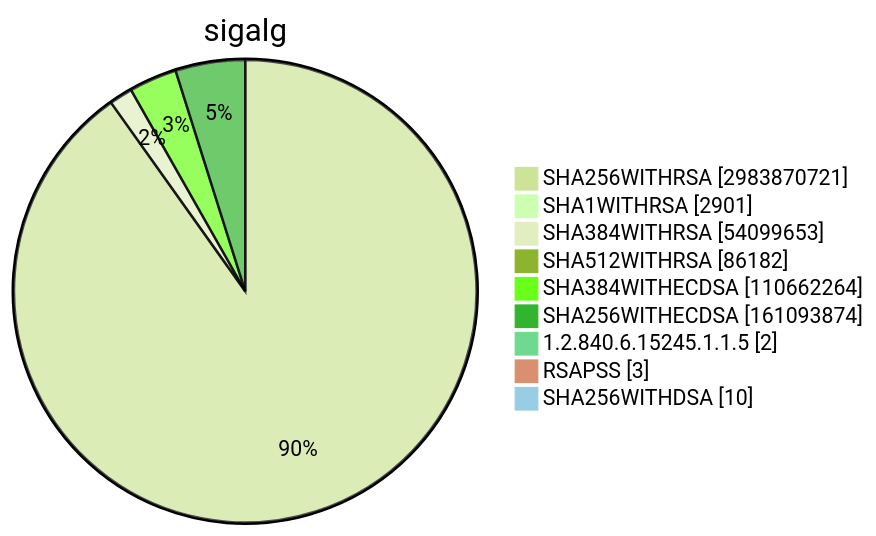
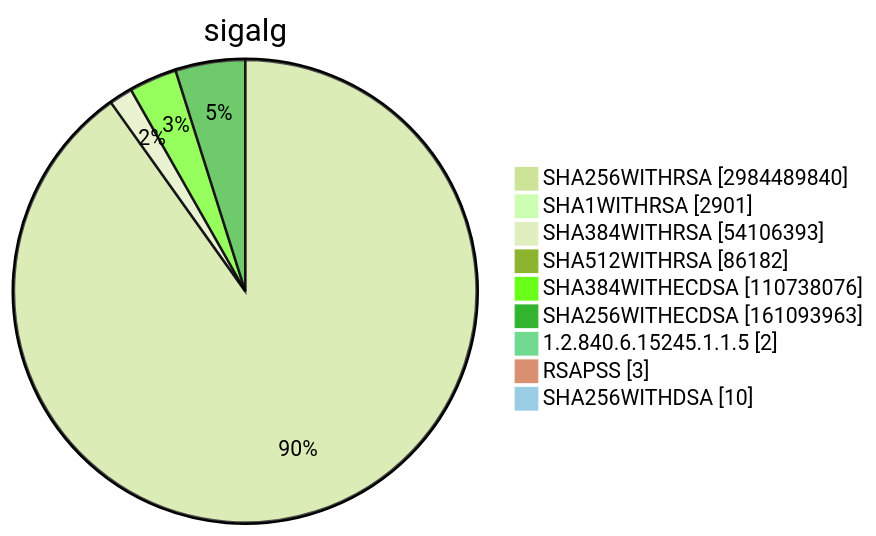
Before and after one commit to christiankrug/ctmonitor_visualization: diagram 15 of 15 in TOTAL/README.md, drawn with Mermaid (forest theme). The commit also changed other lines of this file, not shown here.

````diff
--- a/TOTAL/README.md
+++ b/TOTAL/README.md
@@ -6208,13 +6208,13 @@
 ```mermaid
 pie showData
 title sigalg
-"SHA256WITHRSA" :2983870721
+"SHA256WITHRSA" :2984489840
 "SHA1WITHRSA" :2901
-"SHA384WITHRSA" :54099653
+"SHA384WITHRSA" :54106393
 "SHA512WITHRSA" :86182
-"SHA384WITHECDSA" :110662264
-"SHA256WITHECDSA" :161093874
+"SHA384WITHECDSA" :110738076
+"SHA256WITHECDSA" :161093963
 "1.2.840.6.15245.1.1.5" :2
 "RSAPSS" :3
 "SHA256WITHDSA" :10
 ```
````
